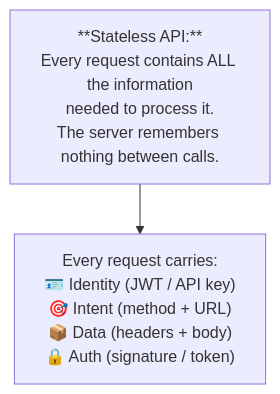
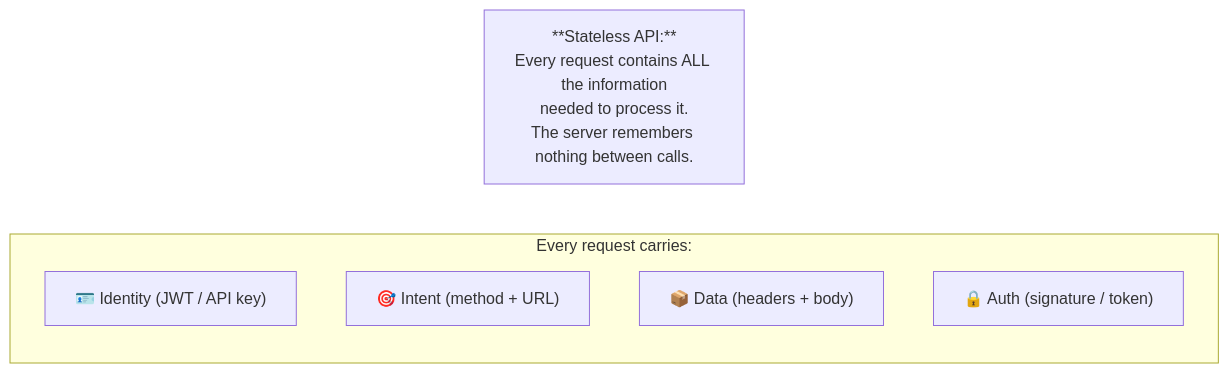
Before and after one commit to romangurevitch/GoTraining: the first of 8 diagrams in internal/fundamentals/api-fundamentals/03-statelessness.md, drawn with Mermaid. The commit also changed other lines of this file and 20 other files, not shown here.

````diff
--- a/internal/fundamentals/api-fundamentals/03-statelessness.md
+++ b/internal/fundamentals/api-fundamentals/03-statelessness.md
@@ -7,8 +7,14 @@
 ```mermaid
-graph TB
+graph TD
     DEF["**Stateless API:**<br/>Every request contains ALL the information<br/>needed to process it.<br/>The server remembers nothing between calls."]
 
-    WHAT["Every request carries:<br/>🪪 Identity (JWT / API key)<br/>🎯 Intent (method + URL)<br/>📦 Data (headers + body)<br/>🔒 Auth (signature / token)"]
+    DEF ~~~ WHAT
 
-    DEF --> WHAT
+    subgraph WHAT["Every request carries:"]
+        direction TB
+        W1["🪪 Identity (JWT / API key)"]
+        W2["🎯 Intent (method + URL)"]
+        W3["📦 Data (headers + body)"]
+        W4["🔒 Auth (signature / token)"]
+    end
 ```
````
